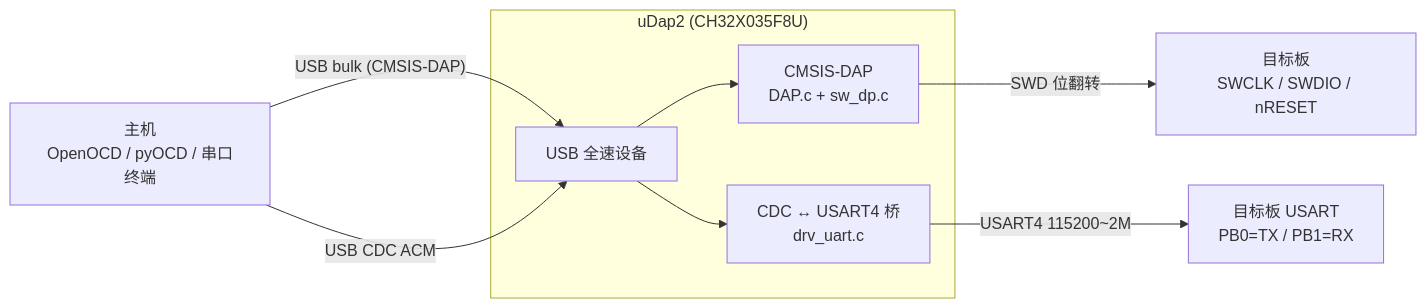
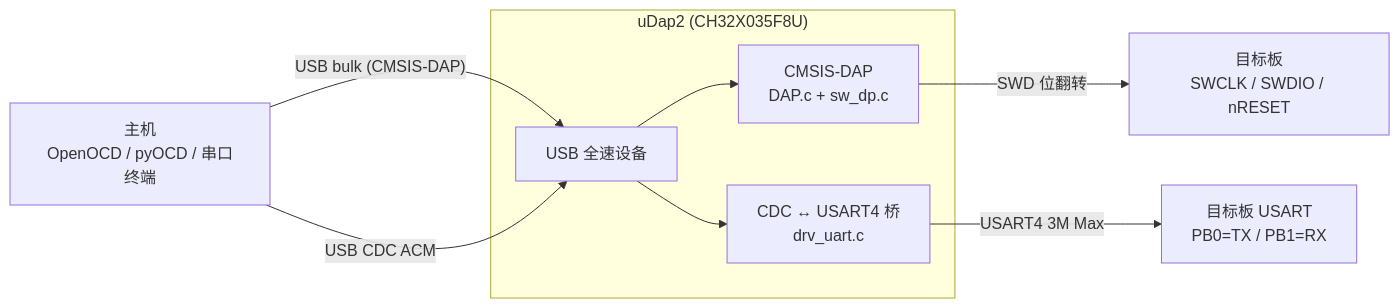
One commit to TheBadZhang/uDap changed the diagram in readme.md. Above: the diagram before and after it, drawn with Mermaid. The commit also changed other lines of this file and 12 other files, not shown here.

````diff
--- a/readme.md
+++ b/readme.md
@@ -26,18 +26,18 @@
 ```mermaid
 flowchart LR
     PC["主机<br/>OpenOCD / pyOCD / 串口终端"]
     subgraph DAP["uDap2 (CH32X035F8U)"]
         USBFS["USB 全速设备"]
         DAPC["CMSIS-DAP<br/>DAP.c + sw_dp.c"]
         BR["CDC ↔ USART4 桥<br/>drv_uart.c"]
     end
     TGT["目标板<br/>SWCLK / SWDIO / nRESET"]
     UART["目标板 USART<br/>PB0=TX / PB1=RX"]
 
     PC -- "USB bulk (CMSIS-DAP)" --> USBFS
     PC -- "USB CDC ACM" --> USBFS
     USBFS --> DAPC
     USBFS --> BR
     DAPC -- "SWD 位翻转" --> TGT
-    BR -- "USART4 115200~2M" --> UART
+    BR -- "USART4 3M Max" --> UART
 ```
````
